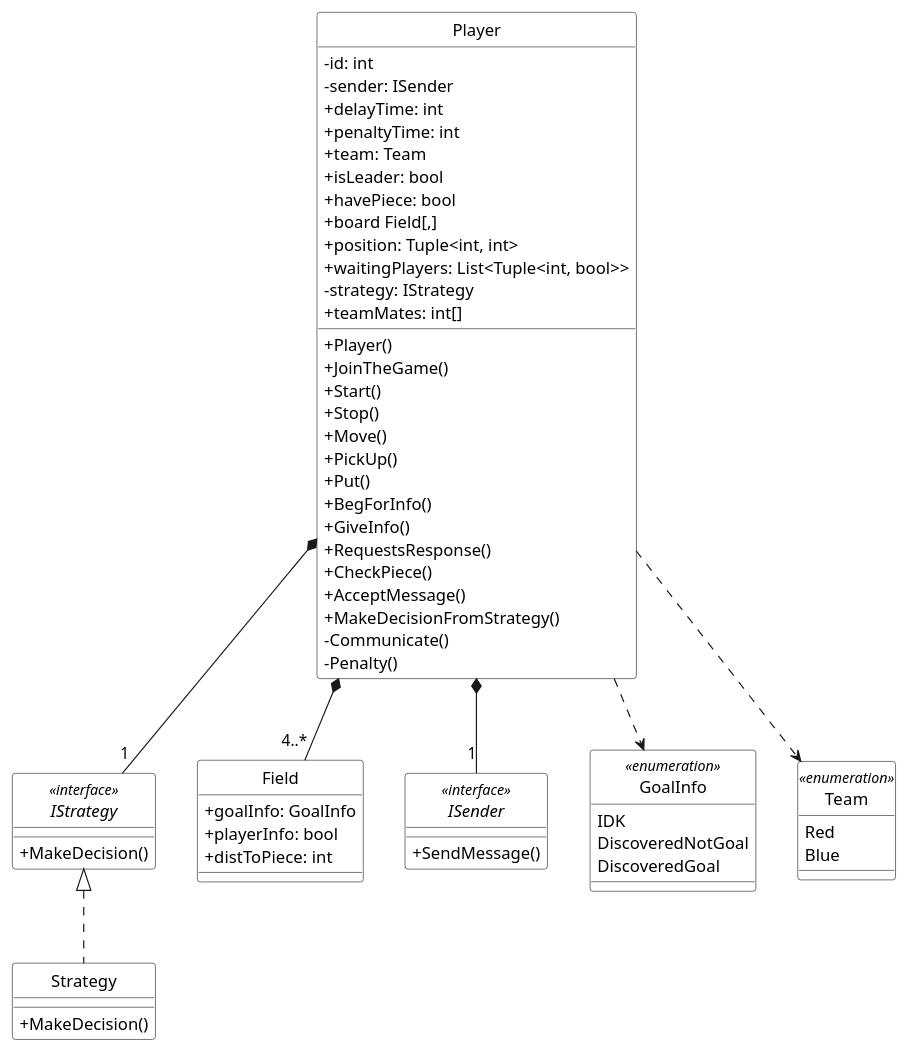
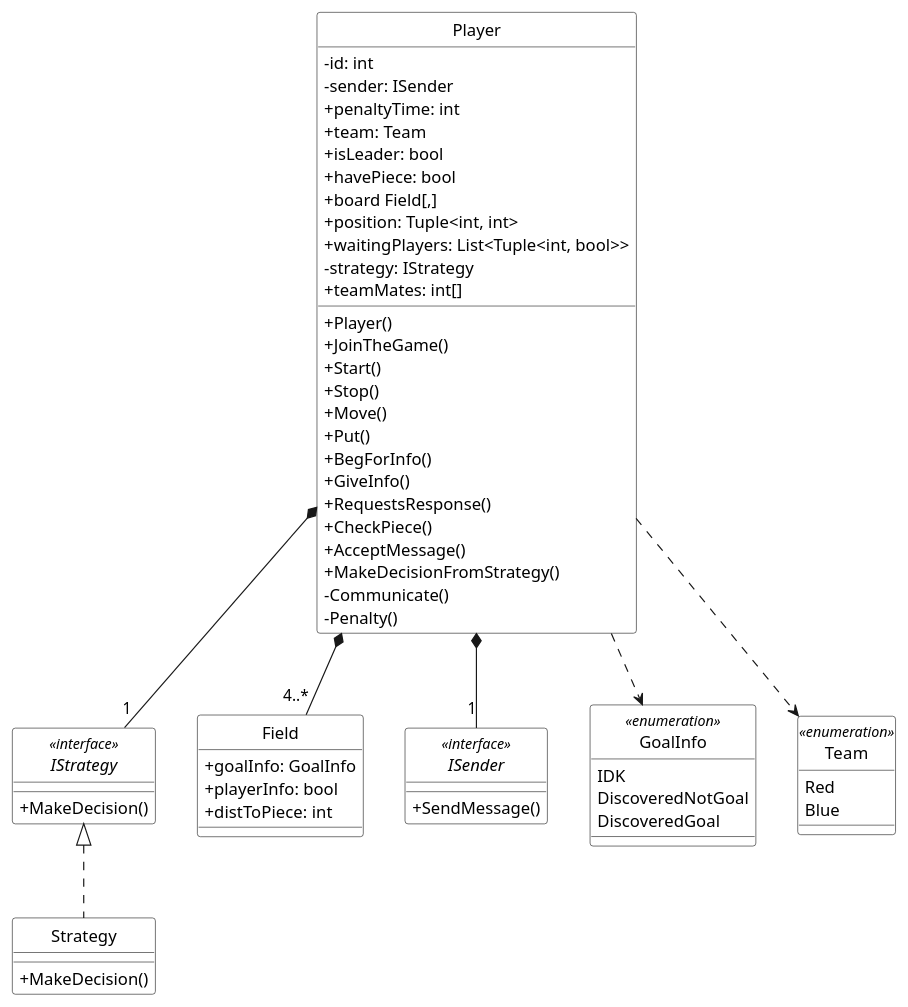
The diagram in UML/ClassDiagram/Player.puml (MINI-IO/IO-project-game), drawn with PlantUML before and after one commit. The commit also changed 2 other files, not shown here.

Commit message:
Fix agent class diagram

```diff
--- a/UML/ClassDiagram/Player.puml
+++ b/UML/ClassDiagram/Player.puml
@@ -1,78 +1,76 @@
 @startuml
 skinparam shadowing false
 skinparam monochrome true
 skinparam classAttributeIconSize 0
 hide circles
 
 skinparam class {
 BackgroundColor white
 }
 
 IStrategy <|.. Strategy
 Player *-- "4..*" Field
 Player *-- "1" IStrategy
 Player *-- "1" ISender
 Player ..> GoalInfo
 Player ..> Team
 
 class Player {
 - id: int
 - sender: ISender
-+ delayTime: int
 + penaltyTime: int
 + team: Team
 + isLeader: bool
 + havePiece: bool
 + board Field[,]
 + position: Tuple<int, int>
 + waitingPlayers: List<Tuple<int, bool>>
 - strategy: IStrategy
 + teamMates: int[]
 
 + Player()
 + JoinTheGame()
 + Start()
 + Stop()
 + Move()
-+ PickUp()
 + Put()
 + BegForInfo()
 + GiveInfo()
 + RequestsResponse()
 + CheckPiece()
 + AcceptMessage()
 + MakeDecisionFromStrategy()
 - Communicate()
 - Penalty()
 }
 
 class Field{
 + goalInfo: GoalInfo
 + playerInfo: bool
 + distToPiece: int
 }
 
 interface IStrategy <<interface>> {
 + MakeDecision()
 }
 
 interface ISender <<interface>> {
 + SendMessage()
 }
 
 
 class Strategy {
 + MakeDecision()
 }
 
 enum Team <<enumeration>> {
 Red
 Blue
 }
 
 enum GoalInfo <<enumeration>> {
 IDK
 DiscoveredNotGoal
 DiscoveredGoal
 }
 @enduml
```
